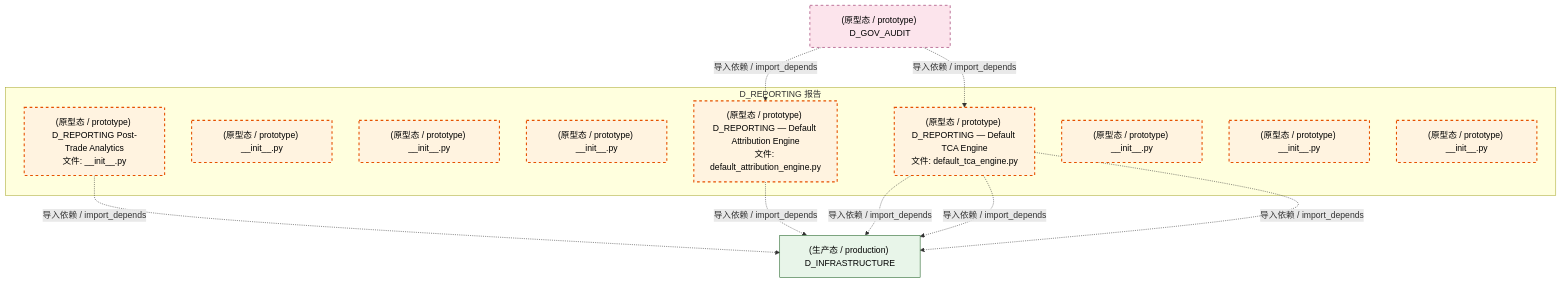
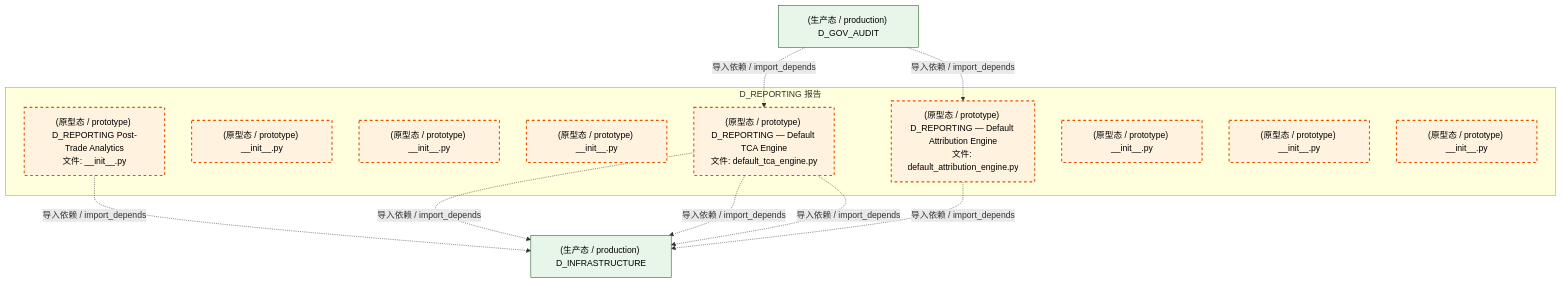
The third of 4 diagrams in docs/02_enterprise_architecture/02_domain_architecture_docs/23_d_reporting.md (xuanFelixVan/ZephyrAlpha), drawn with Mermaid before and after one commit. The commit also changed other lines of this file and 125 other files, not shown here.

````diff
--- a/docs/02_enterprise_architecture/02_domain_architecture_docs/23_d_reporting.md
+++ b/docs/02_enterprise_architecture/02_domain_architecture_docs/23_d_reporting.md
@@ -154,30 +154,29 @@
 ```mermaid
 graph TD
     subgraph D_REPORTING["D_REPORTING 报告"]
         src_zephyr_reporting_init_py["(原型态 / prototype) D_REPORTING Post-Trade Analytics<br/>文件: __init__.py"]
         src_zephyr_reporting_extensions_init_py["(原型态 / prototype) __init__.py"]
         src_zephyr_reporting_api_init_py["(原型态 / prototype) __init__.py"]
         src_zephyr_reporting_core_init_py["(原型态 / prototype) __init__.py"]
         src_zephyr_reporting_default_attribution_engine_py["(原型态 / prototype) D_REPORTING — Default Attribution Engine<br/>文件: default_attribution_engine.py"]
         src_zephyr_reporting_default_tca_engine_py["(原型态 / prototype) D_REPORTING — Default TCA Engine<br/>文件: default_tca_engine.py"]
         src_zephyr_reporting_infrastructure_init_py["(原型态 / prototype) __init__.py"]
         src_zephyr_reporting_models_init_py["(原型态 / prototype) __init__.py"]
         src_zephyr_reporting_services_init_py["(原型态 / prototype) __init__.py"]
     end
     D_INFRASTRUCTURE["(生产态 / production) D_INFRASTRUCTURE"]
-    src_zephyr_reporting_init_py -.->|导入依赖 / import_depends| D_INFRASTRUCTURE
     src_zephyr_reporting_default_attribution_engine_py -.->|导入依赖 / import_depends| D_INFRASTRUCTURE
     src_zephyr_reporting_default_tca_engine_py -.->|导入依赖 / import_depends| D_INFRASTRUCTURE
+    src_zephyr_reporting_init_py -.->|导入依赖 / import_depends| D_INFRASTRUCTURE
     src_zephyr_reporting_default_tca_engine_py -.->|导入依赖 / import_depends| D_INFRASTRUCTURE
     src_zephyr_reporting_default_tca_engine_py -.->|导入依赖 / import_depends| D_INFRASTRUCTURE
-    D_GOV_AUDIT["(原型态 / prototype) D_GOV_AUDIT"]
+    D_GOV_AUDIT["(生产态 / production) D_GOV_AUDIT"]
+    D_GOV_AUDIT -.->|导入依赖 / import_depends| src_zephyr_reporting_default_tca_engine_py
     D_GOV_AUDIT -.->|导入依赖 / import_depends| src_zephyr_reporting_default_attribution_engine_py
-    D_GOV_AUDIT -.->|导入依赖 / import_depends| src_zephyr_reporting_default_tca_engine_py
     classDef production fill:#e1f5fe,stroke:#01579b,stroke-width:2px,color:#000
     classDef design fill:#fff3e0,stroke:#e65100,stroke-width:2px,color:#000,stroke-dasharray: 5 5
     classDef external_prod fill:#e8f5e9,stroke:#1b5e20,stroke-width:1px,color:#000
     classDef external_design fill:#fce4ec,stroke:#880e4f,stroke-width:1px,color:#000,stroke-dasharray: 5 5
     class src_zephyr_reporting_init_py,src_zephyr_reporting_extensions_init_py,src_zephyr_reporting_api_init_py,src_zephyr_reporting_core_init_py,src_zephyr_reporting_default_attribution_engine_py,src_zephyr_reporting_default_tca_engine_py,src_zephyr_reporting_infrastructure_init_py,src_zephyr_reporting_models_init_py,src_zephyr_reporting_services_init_py design
-    class D_INFRASTRUCTURE external_prod
-    class D_GOV_AUDIT external_design
+    class D_INFRASTRUCTURE,D_GOV_AUDIT external_prod
 ```
````
